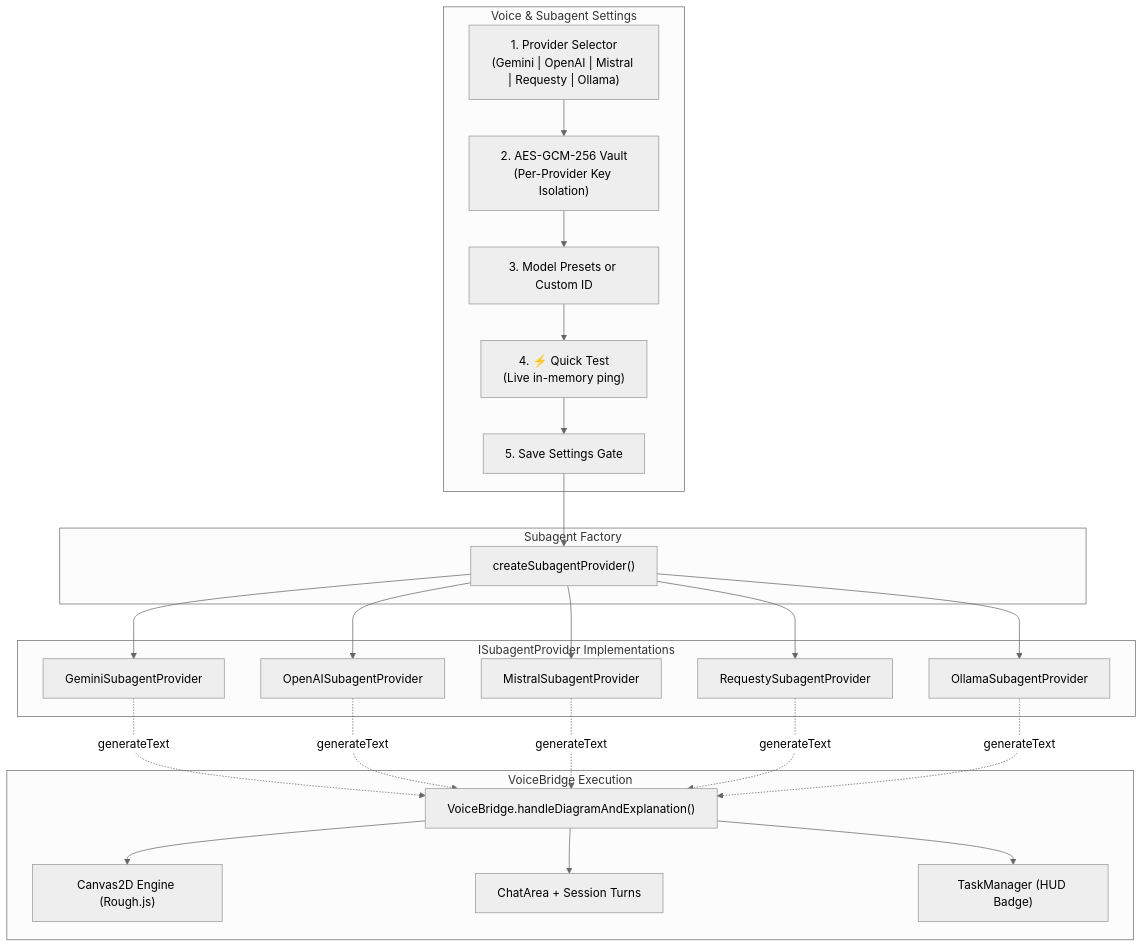
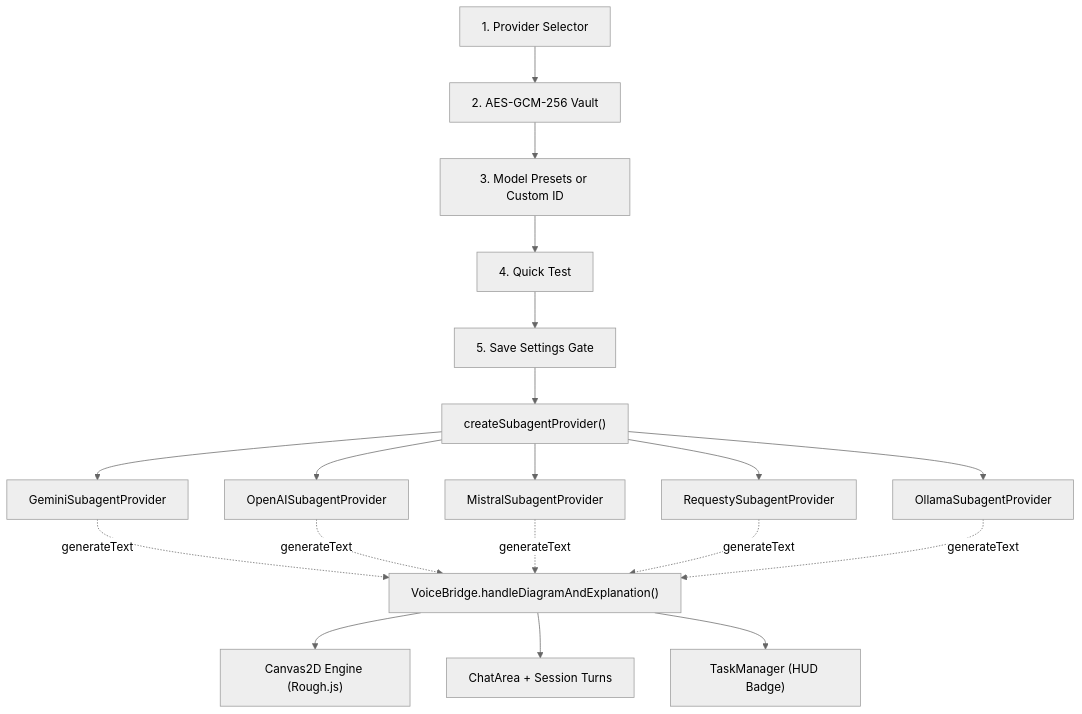
The diagram in docs/subagent-providers.mdx (AmritSDutta/b_aassistant), drawn with Mermaid (neutral theme) before and after one commit. The commit also changed other lines of this file and 14 other files, not shown here.

````diff
--- a/docs/subagent-providers.mdx
+++ b/docs/subagent-providers.mdx
@@ -25,33 +25,14 @@
 ```mermaid
 flowchart TD
-    subgraph UI ["Voice & Subagent Settings"]
-        PSelect["1. Provider Selector<br/>(Gemini | OpenAI | Mistral | Requesty | Ollama)"]
-        Vault["2. AES-GCM-256 Vault<br/>(Per-Provider Key Isolation)"]
-        MSelect["3. Model Presets or Custom ID"]
-        QTest["4. ⚡ Quick Test<br/>(Live in-memory ping)"]
-        SaveGate["5. Save Settings Gate"]
-        PSelect --> Vault --> MSelect --> QTest --> SaveGate
-    end
-
-    subgraph Factory ["Subagent Factory"]
-        SPF["createSubagentProvider()"]
-        SaveGate --> SPF
-    end
-
-    subgraph Implementations ["ISubagentProvider Implementations"]
-        GeminiImpl["GeminiSubagentProvider"]
-        OpenAIImpl["OpenAISubagentProvider"]
-        MistralImpl["MistralSubagentProvider"]
-        RequestyImpl["RequestySubagentProvider"]
-        OllamaImpl["OllamaSubagentProvider"]
-        SPF --> GeminiImpl & OpenAIImpl & MistralImpl & RequestyImpl & OllamaImpl
-    end
-
-    subgraph Dispatch ["VoiceBridge Execution"]
-        VB["VoiceBridge.handleDiagramAndExplanation()"]
-        GeminiImpl & OpenAIImpl & MistralImpl & RequestyImpl & OllamaImpl -.->|generateText| VB
-        VB --> Canvas["Canvas2D Engine (Rough.js)"]
-        VB --> Chat["ChatArea + Session Turns"]
-        VB --> Task["TaskManager (HUD Badge)"]
-    end
+    PSelect["1. Provider Selector"] --> Vault["2. AES-GCM-256 Vault"] --> MSelect["3. Model Presets or Custom ID"] --> QTest["4. Quick Test"] --> SaveGate["5. Save Settings Gate"]
+    SaveGate --> SPF["createSubagentProvider()"]
+    SPF --> GeminiImpl["GeminiSubagentProvider"]
+    SPF --> OpenAIImpl["OpenAISubagentProvider"]
+    SPF --> MistralImpl["MistralSubagentProvider"]
+    SPF --> RequestyImpl["RequestySubagentProvider"]
+    SPF --> OllamaImpl["OllamaSubagentProvider"]
+    GeminiImpl & OpenAIImpl & MistralImpl & RequestyImpl & OllamaImpl -.->|generateText| VB["VoiceBridge.handleDiagramAndExplanation()"]
+    VB --> Canvas["Canvas2D Engine (Rough.js)"]
+    VB --> Chat["ChatArea + Session Turns"]
+    VB --> Task["TaskManager (HUD Badge)"]
 ```
````
